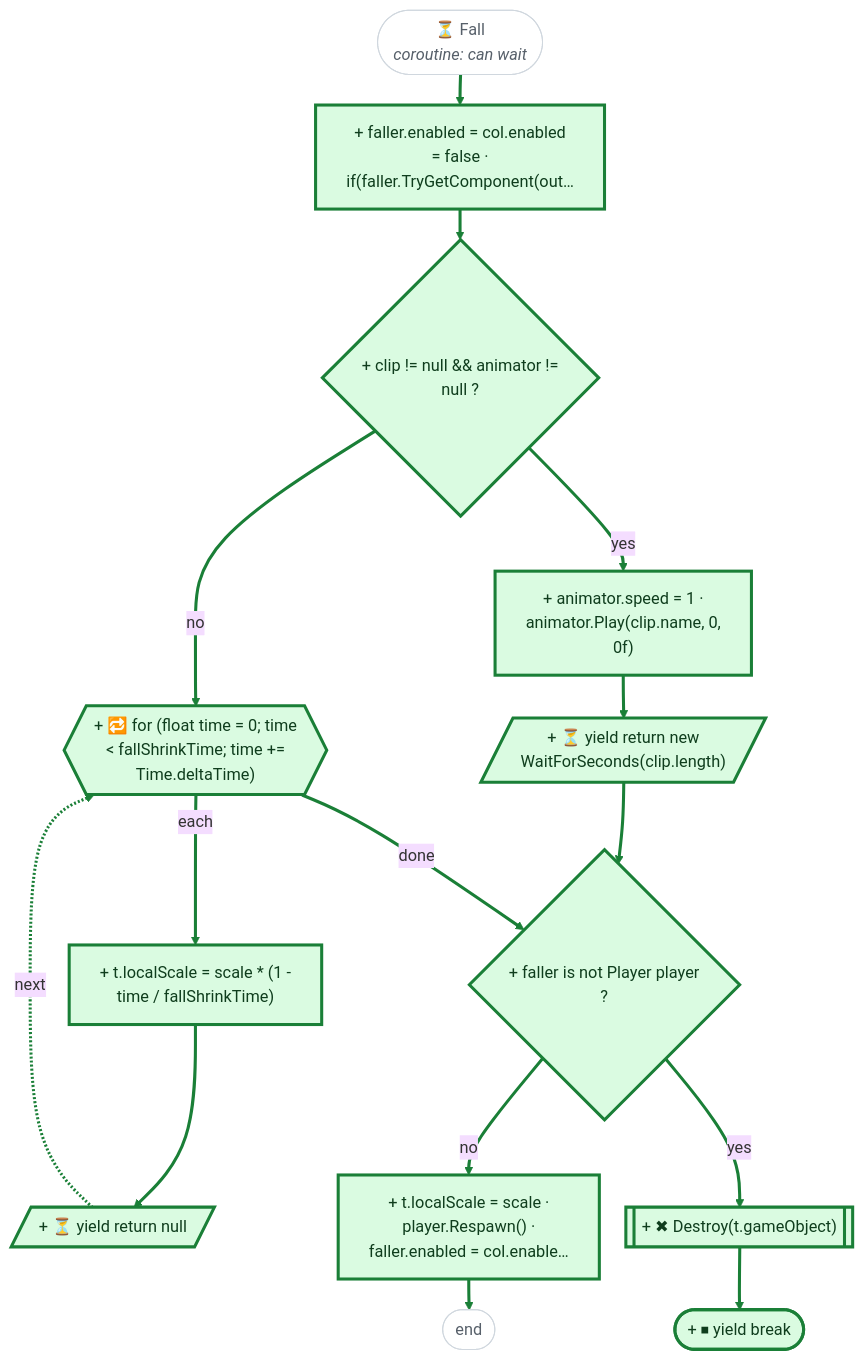
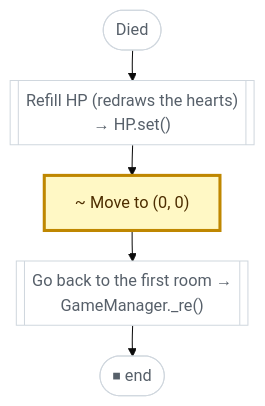
One commit to nataiai/Lord-of-the-Dungeon changed the fifth of 11 diagrams in CodeGraph~/diffs/b47c315.md. Above: the diagram before and after it, drawn with Mermaid (base theme). The commit also changed other lines of this file and 57 other files, not shown here.

````diff
--- a/CodeGraph~/diffs/b47c315.md
+++ b/CodeGraph~/diffs/b47c315.md
@@ -197,58 +189,27 @@
 ```mermaid
 ---
 config:
   flowchart:
     wrappingWidth: 260
     nodeSpacing: 26
     rankSpacing: 30
 ---
 flowchart TD
-  nS(["⏳ Fall<br><i>coroutine: can wait</i>"])
-  nfc587d["+ faller.enabled = col.enabled<br>= false ·<br>if(faller.TryGetComponent(out…"]
-  nbbdef8{"+ clip != null #38;#38; animator !=<br>null ?"}
-  n8efc72["+ animator.speed = 1 ·<br>animator.Play(clip.name, 0,<br>0f)"]
-  naa312b[/"+ ⏳ yield return new<br>WaitForSeconds(clip.length)"/]
-  n0f4e9e{{"+ 🔁 for (float time = 0; time<br>#60; fallShrinkTime; time +=<br>Time.deltaTime)"}}
-  nc1664e["+ t.localScale = scale * (1 -<br>time / fallShrinkTime)"]
-  nb3bf40[/"+ ⏳ yield return null"/]
-  n76f92d{"+ faller is not Player player<br>?"}
-  n885d6b[["+ ✖ Destroy(t.gameObject)"]]
-  n3349eb["+ t.localScale = scale ·<br>player.Respawn() ·<br>faller.enabled = col.enable…"]
-  nE(["end"])
-  nb26d12(["+ ⏹ yield break"])
-  nS --> nfc587d
-  nfc587d --> nbbdef8
-  nbbdef8 -->|yes| n8efc72
-  n8efc72 --> naa312b
-  nbbdef8 -->|no| n0f4e9e
-  n0f4e9e -->|each| nc1664e
-  nc1664e --> nb3bf40
-  nb3bf40 -.->|next| n0f4e9e
-  naa312b --> n76f92d
-  n0f4e9e -->|done| n76f92d
-  n885d6b --> nb26d12
-  n76f92d -->|no| n3349eb
-  n76f92d -->|yes| n885d6b
-  n3349eb --> nE
-  linkStyle 0 stroke:#1a7f37,stroke-width:3px
-  linkStyle 1 stroke:#1a7f37,stroke-width:3px
-  linkStyle 2 stroke:#1a7f37,stroke-width:3px
-  linkStyle 3 stroke:#1a7f37,stroke-width:3px
-  linkStyle 4 stroke:#1a7f37,stroke-width:3px
-  linkStyle 5 stroke:#1a7f37,stroke-width:3px
-  linkStyle 6 stroke:#1a7f37,stroke-width:3px
-  linkStyle 7 stroke:#1a7f37,stroke-width:3px
-  linkStyle 8 stroke:#1a7f37,stroke-width:3px
-  linkStyle 9 stroke:#1a7f37,stroke-width:3px
-  linkStyle 10 stroke:#1a7f37,stroke-width:3px
-  linkStyle 11 stroke:#1a7f37,stroke-width:3px
-  linkStyle 12 stroke:#1a7f37,stroke-width:3px
-  linkStyle 13 stroke:#1a7f37,stroke-width:3px
+  nS(["Died"])
+  n104384[["Refill HP (redraws the hearts)<br>→ HP.set()"]]
+  n1361d2["~ Move to (0, 0)"]
+  nbdc250[["Go back to the first room →<br>GameManager._re()"]]
+  nE(["⏹ end"])
+  nS --> n104384
+  n104384 --> n1361d2
+  n1361d2 --> nbdc250
+  nbdc250 --> nE
   classDef same fill:#ffffff,stroke:#d0d7de,color:#57606a
   classDef added fill:#dafbe1,stroke:#1a7f37,stroke-width:3px,color:#0f3d1d
-  classDef removed fill:#ffebe9,stroke:#cf222e,stroke-width:3px,color:#82071e
+  classDef removed fill:#ffebe9,stroke:#cf222e,stroke-width:3px,stroke-dasharray:6 4,color:#82071e
   classDef modified fill:#fff8c5,stroke:#bf8700,stroke-width:3px,color:#4d2d00
   classDef impacted fill:#ffffff,stroke:#6e7781,stroke-width:2px,stroke-dasharray:2 3,color:#24292f
-  class nfc587d,nbbdef8,n8efc72,naa312b,n0f4e9e,nc1664e,nb3bf40,n76f92d,n885d6b,nb26d12,n3349eb added
-  class nS,nE same
+  classDef stub fill:#ffffff,stroke:#8c959f,stroke-dasharray:2 3,color:#8c959f
+  class n1361d2 modified
+  class nS,n104384,nbdc250,nE same
 ```
````
